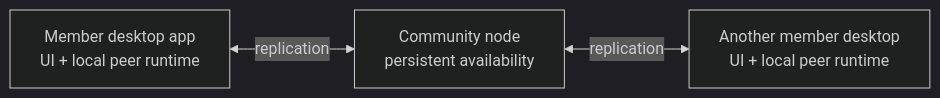
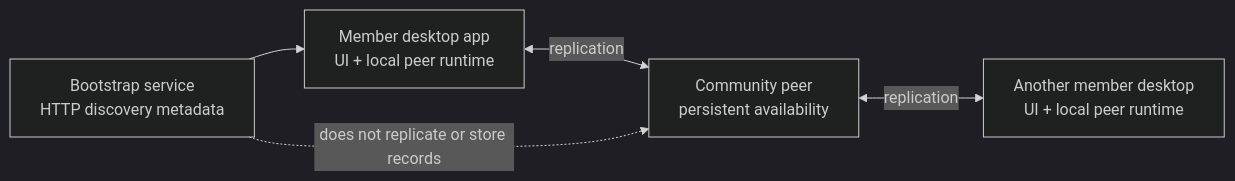
The diagram in docs/education/03-desktop-app-and-community-node.md (matthewlovestocode/peer-hours), drawn with Mermaid (dark theme) before and after one commit. The commit also changed other lines of this file and 1 other file, not shown here.

Commit message:
Clarify bootstrap role in lesson three

````diff
--- a/docs/education/03-desktop-app-and-community-node.md
+++ b/docs/education/03-desktop-app-and-community-node.md
@@ -9,5 +9,7 @@
 ```mermaid
 flowchart LR
-  M["Member desktop app\nUI + local peer runtime"] <-->|replication| N["Community node\npersistent availability"]
+  B["Bootstrap service\nHTTP discovery metadata"] --> M["Member desktop app\nUI + local peer runtime"]
+  M <-->|replication| N["Community peer\npersistent availability"]
   N <-->|replication| P["Another member desktop\nUI + local peer runtime"]
+  B -. "does not replicate or store records" .-> N
 ```
````
